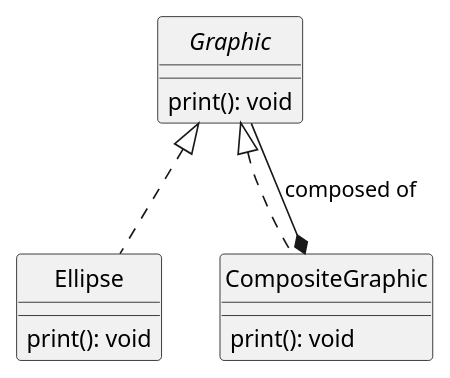
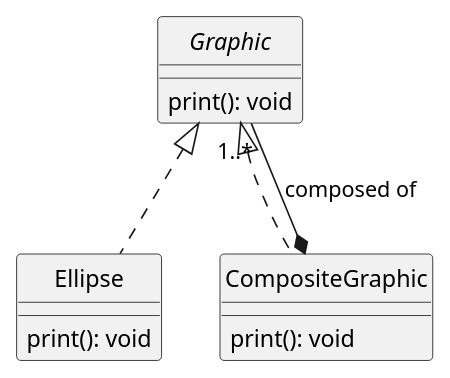
The first of 2 diagrams in src/main/java/Composite/Graphic/README.md (yvanross/LOG121-GOF-exemples), drawn with PlantUML before and after one commit. The commit also changed other lines of this file and 3 other files, not shown here.

````diff
--- a/src/main/java/Composite/Graphic/README.md
+++ b/src/main/java/Composite/Graphic/README.md
@@ -1,16 +1,16 @@
- ```plantuml
+```plantuml
 @startuml
 skinparam style strictuml
 interface Graphic {
   print(): void 
 }
 class Ellipse implements Graphic{
     print(): void 
 }
 class CompositeGraphic implements Graphic{
       print(): void 
 
 }
-CompositeGraphic *-- Graphic : composed of 
+CompositeGraphic *-- "1..*" Graphic : composed of 
 @enduml
 ```
````
